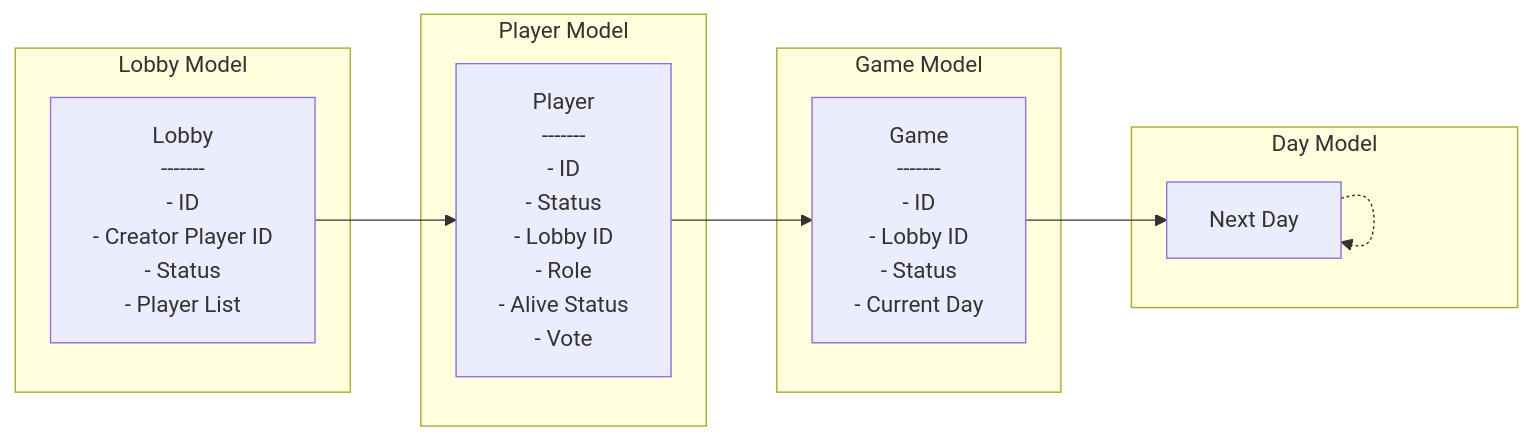
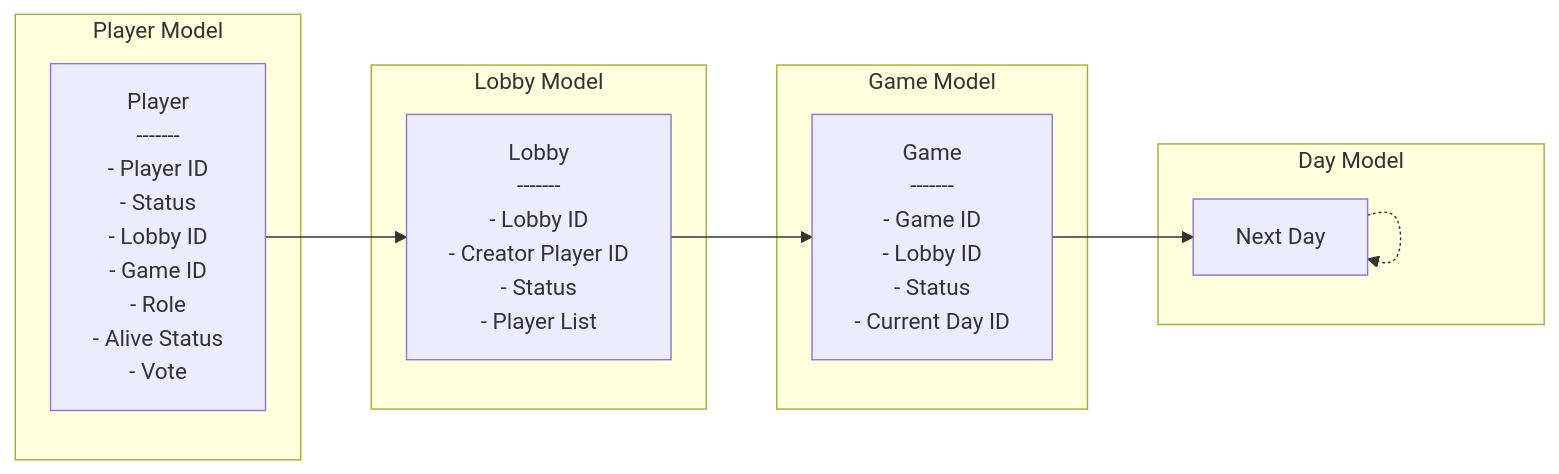
One commit to akhercha/werewolves-of-cairo changed the second of 2 diagrams in docs/architecture.md. Above: the diagram before and after it, drawn with Mermaid.

Commit message:
feat(components_design): Added first design

````diff
--- a/docs/architecture.md
+++ b/docs/architecture.md
@@ -22,42 +22,42 @@
 ```mermaid
 graph LR
+  subgraph "Player Model"
+    Player["Player 
+    -------
+    - Player ID
+    - Status
+    - Lobby ID
+    - Game ID
+    - Role
+    - Alive Status
+    - Vote"]
+  end
   subgraph "Lobby Model"
     Lobby["Lobby 
     -------
-    - ID
+    - Lobby ID
     - Creator Player ID
     - Status
     - Player List"]
   end
-  subgraph "Player Model"
-    Player["Player 
-    -------
-    - ID
-    - Status
-    - Lobby ID
-    - Role
-    - Alive Status
-    - Vote"]
-  end
   subgraph "Game Model"
     Game["Game 
     -------
-    - ID
+    - Game ID
     - Lobby ID
     - Status
-    - Current Day"]
+    - Current Day ID"]
   end
   subgraph "Day Model"
     Day["Day 
     -------
-    - ID
+    - Day ID
     - Game ID
     - Status
-    - Number
     - Events"]
   end
-  Lobby --> Player
-  Player --> Game
+  Player --> Lobby
+  Lobby --> Game
   Game --> Day
   Day -.-> Day[Next Day]
 ```
````
